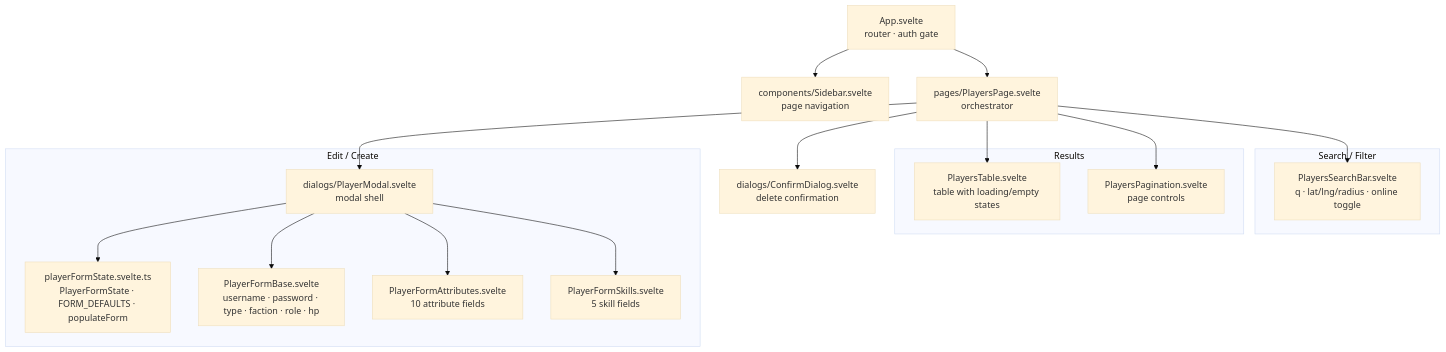
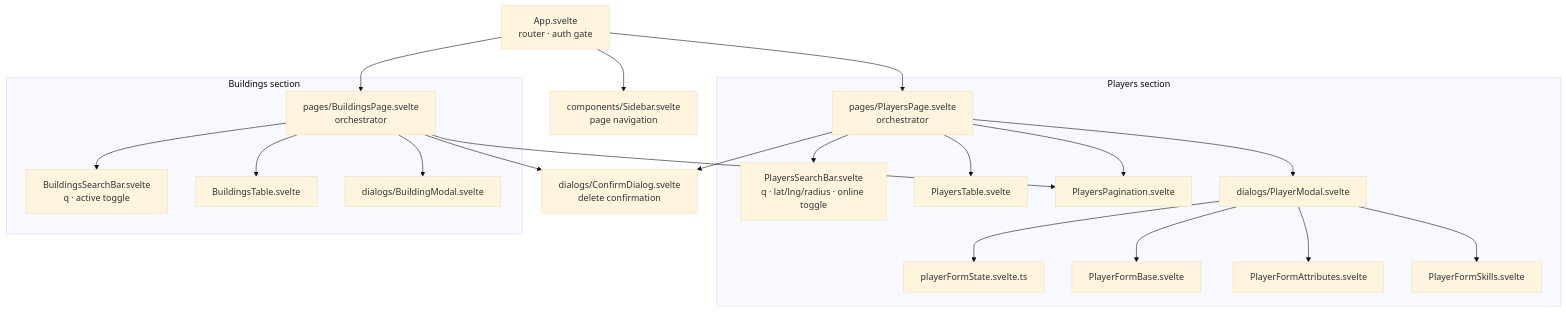
Before and after one commit to NeradziukA/hives: the diagram in docs/admin.md, drawn with Mermaid (base theme). The commit also changed other lines of this file and 10 other files, not shown here.

````diff
--- a/docs/admin.md
+++ b/docs/admin.md
@@ -16,29 +16,31 @@
 ```mermaid
 graph TD
     App["App.svelte\nrouter · auth gate"]
     Sidebar["components/Sidebar.svelte\npage navigation"]
-    PlayersPage["pages/PlayersPage.svelte\norchestrator"]
 
-    subgraph Search["Search / Filter"]
+    subgraph Players["Players section"]
+        PlayersPage["pages/PlayersPage.svelte\norchestrator"]
         SearchBar["PlayersSearchBar.svelte\nq · lat/lng/radius · online toggle"]
+        PlayersTable["PlayersTable.svelte"]
+        Pagination["PlayersPagination.svelte"]
+        PlayerModal["dialogs/PlayerModal.svelte"]
+        FormState["playerFormState.svelte.ts"]
+        PlayerFormBase["PlayerFormBase.svelte"]
+        PlayerFormAttributes["PlayerFormAttributes.svelte"]
+        PlayerFormSkills["PlayerFormSkills.svelte"]
     end
 
-    subgraph Table["Results"]
-        PlayersTable["PlayersTable.svelte\ntable with loading/empty states"]
-        Pagination["PlayersPagination.svelte\npage controls"]
-    end
-
-    subgraph Modal["Edit / Create"]
-        PlayerModal["dialogs/PlayerModal.svelte\nmodal shell"]
-        FormState["playerFormState.svelte.ts\nPlayerFormState · FORM_DEFAULTS · populateForm"]
-        PlayerFormBase["PlayerFormBase.svelte\nusername · password · type · faction · role · hp"]
-        PlayerFormAttributes["PlayerFormAttributes.svelte\n10 attribute fields"]
-        PlayerFormSkills["PlayerFormSkills.svelte\n5 skill fields"]
+    subgraph Buildings["Buildings section"]
+        BuildingsPage["pages/BuildingsPage.svelte\norchestrator"]
+        BuildingsSearchBar["BuildingsSearchBar.svelte\nq · active toggle"]
+        BuildingsTable["BuildingsTable.svelte"]
+        BuildingModal["dialogs/BuildingModal.svelte"]
     end
 
     ConfirmDialog["dialogs/ConfirmDialog.svelte\ndelete confirmation"]
 
-    App --> Sidebar & PlayersPage
+    App --> Sidebar & PlayersPage & BuildingsPage
     PlayersPage --> SearchBar & PlayersTable & Pagination & PlayerModal & ConfirmDialog
     PlayerModal --> FormState & PlayerFormBase & PlayerFormAttributes & PlayerFormSkills
+    BuildingsPage --> BuildingsSearchBar & BuildingsTable & Pagination & BuildingModal & ConfirmDialog
 ```
````
